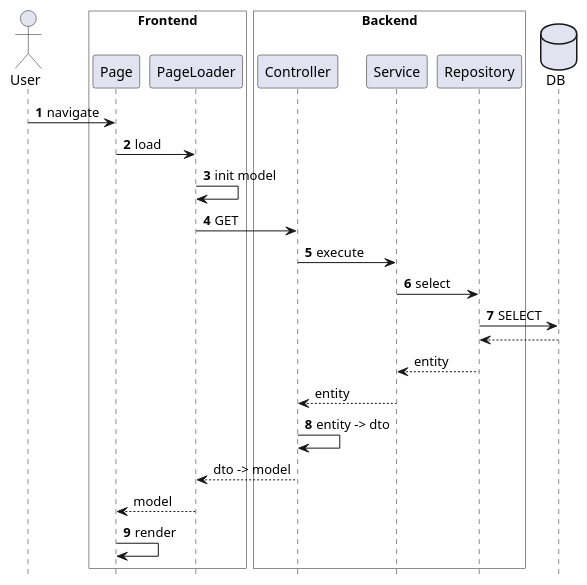
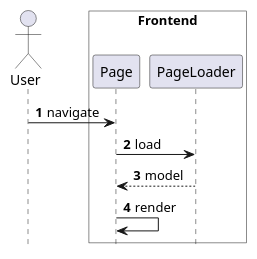
Before and after one commit to project-au-lait/svqk: the diagram in svqk-doc/src/docs/asciidoc/ja/impl-guide/process/input-page/input-page-init.pu, drawn with PlantUML. The commit also changed 7 other files, not shown here.

```diff
--- a/svqk-doc/src/docs/asciidoc/ja/impl-guide/process/input-page/input-page-init.pu
+++ b/svqk-doc/src/docs/asciidoc/ja/impl-guide/process/input-page/input-page-init.pu
@@ -1,39 +1,15 @@
 hide footbox
 autonumber
 
 actor User
 
 box "Frontend" #ffffff
   participant Page
   participant PageLoader
 end box
 
-box "Backend" #ffffff
-  participant Controller
-  participant Service
-  participant Repository
-end box
-
-database DB
 
 User -> Page: navigate
 Page -> PageLoader: load
-PageLoader -> PageLoader: init model
-PageLoader -> Controller: GET
-
-Controller -> Service: execute
-Service -> Repository: select
-Repository -> DB: SELECT
-autonumber stop
-Repository <-- DB
-Service <-- Repository: entity
-Controller <-- Service: entity
-
-autonumber resume
-Controller -> Controller: entity -> dto
-autonumber stop
-PageLoader <-- Controller: dto -> model
-
 Page <-- PageLoader: model
-autonumber resume
 Page -> Page: render
```
